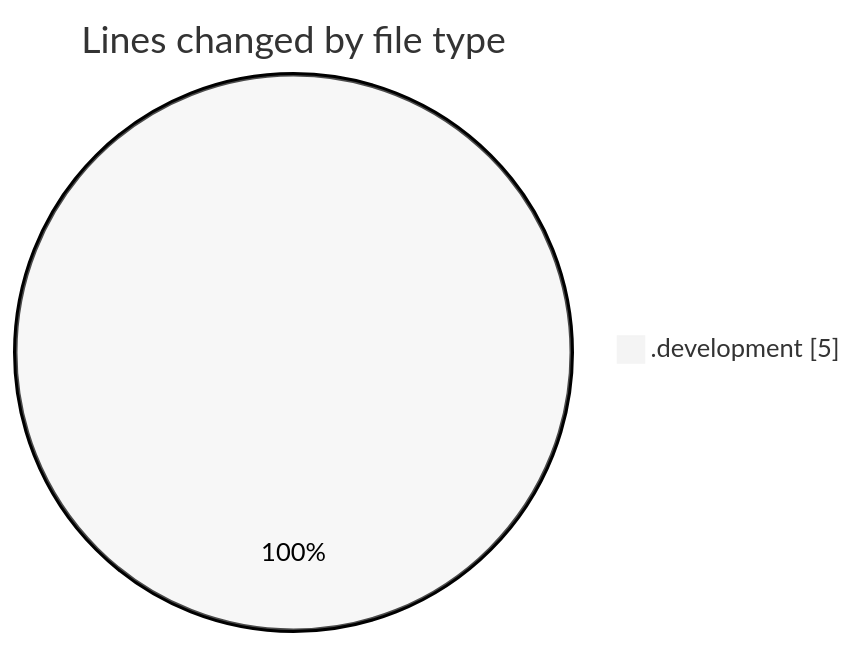
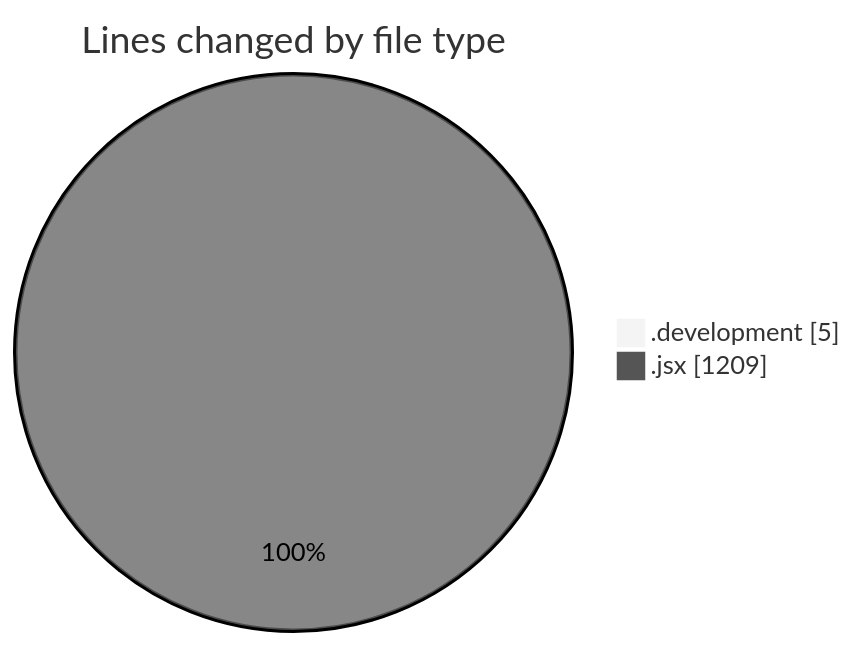
One commit to nxtqubesakshisongat/code-tracking changed the first of 2 diagrams in 2025-09-12/nxtqube_webapp/README.md. Above: the diagram before and after it, drawn with Mermaid (neutral theme). The commit also changed other lines of this file and 1 other file, not shown here.

````diff
--- a/2025-09-12/nxtqube_webapp/README.md
+++ b/2025-09-12/nxtqube_webapp/README.md
@@ -20,5 +21,6 @@
 ```mermaid
 pie showData
 title Lines changed by file type
 ".development" : 5
+".jsx" : 1209
 ```
````
